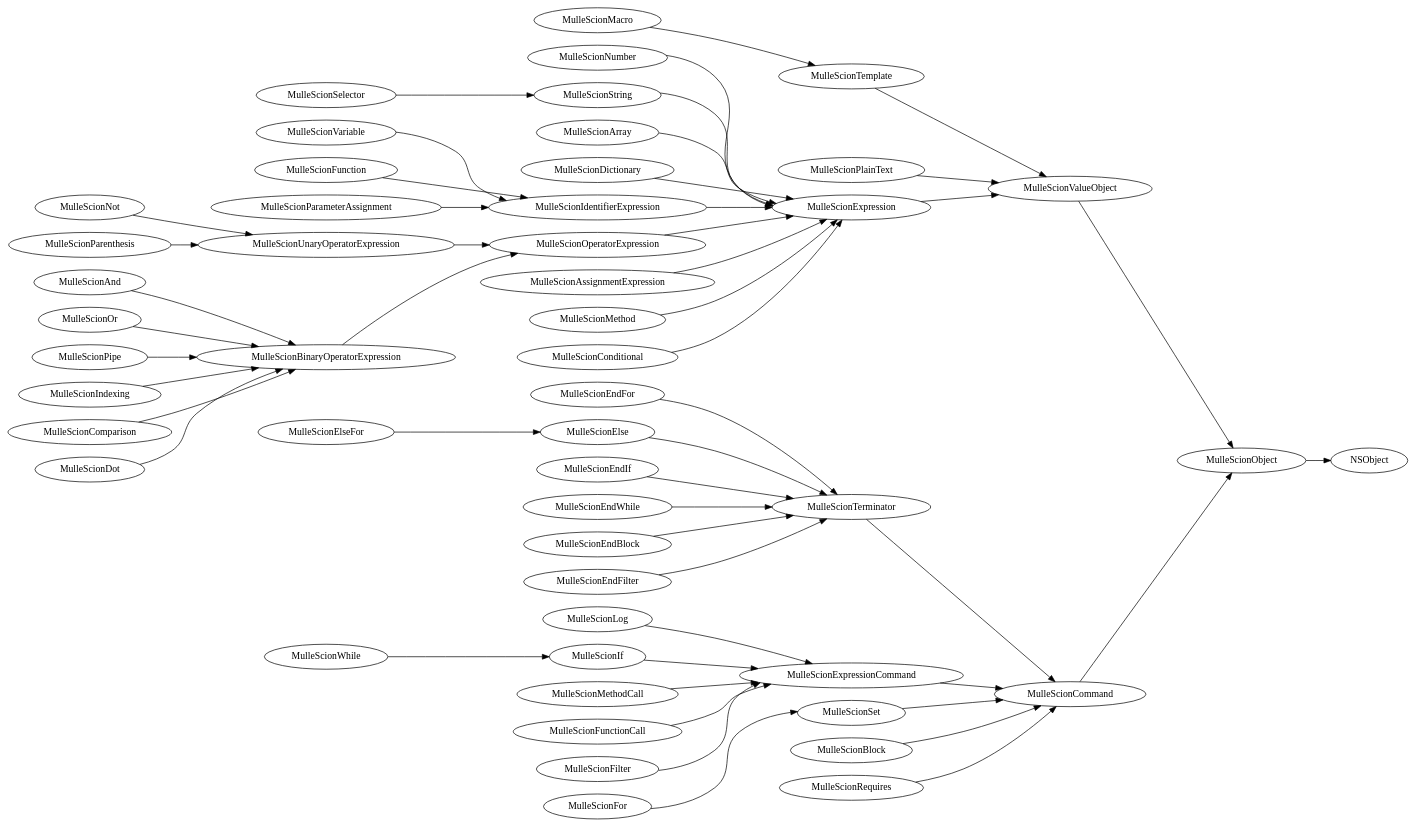
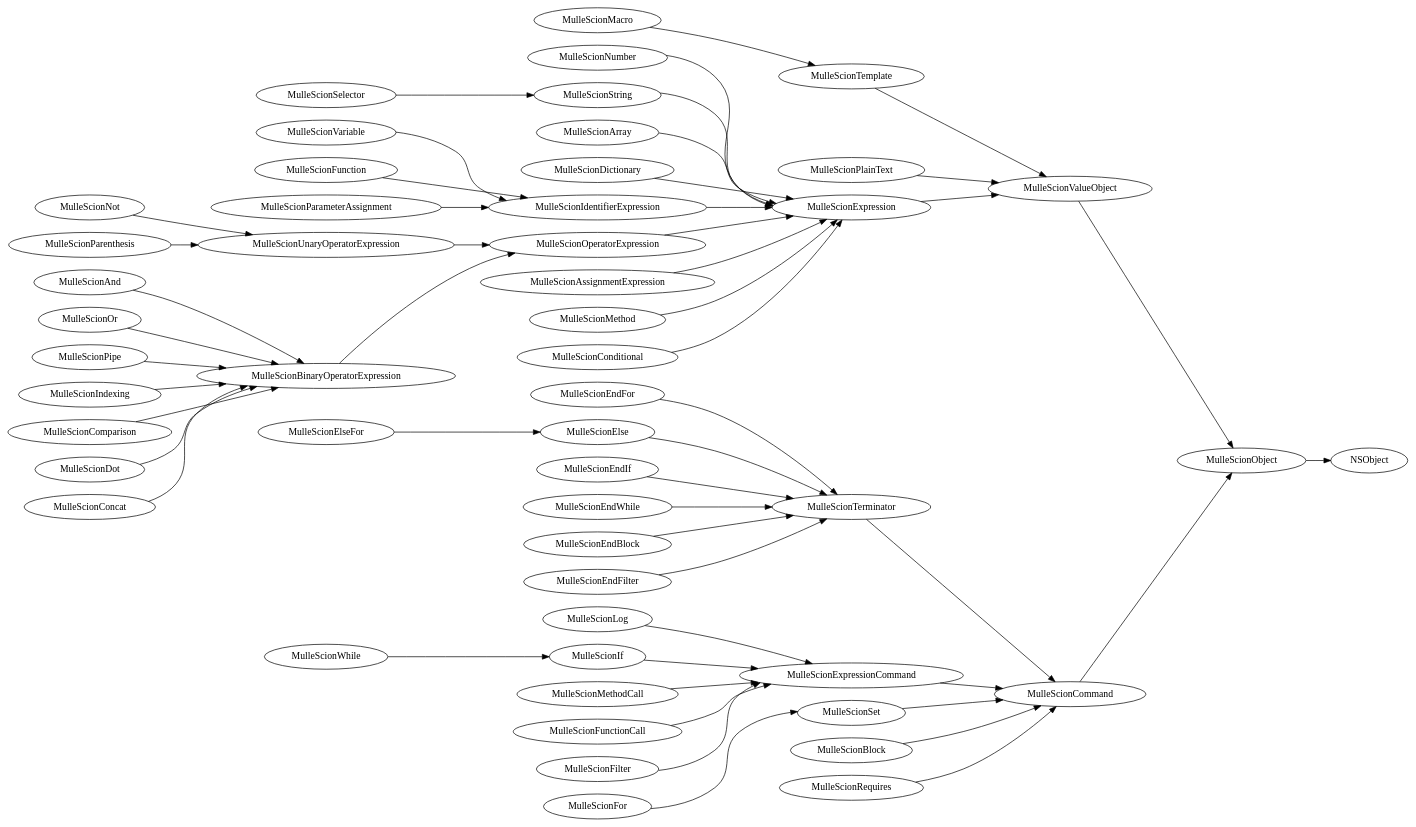
Before and after one commit to MulleWeb/MulleScion: the diagram in dox/MulleScionObjectModel.dot, drawn with Graphviz. The commit also changed 65 other files, not shown here.

```diff
--- a/dox/MulleScionObjectModel.dot
+++ b/dox/MulleScionObjectModel.dot
@@ -1,54 +1,55 @@
 digraph name
 {
    rankdir=LR;
 
 MulleScionObject-> NSObject;
 MulleScionValueObject-> MulleScionObject;
 MulleScionTemplate-> MulleScionValueObject;
 MulleScionPlainText-> MulleScionValueObject;
 MulleScionExpression-> MulleScionValueObject;
 MulleScionNumber-> MulleScionExpression;
 MulleScionString-> MulleScionExpression;
 MulleScionSelector-> MulleScionString;
 MulleScionArray-> MulleScionExpression;
 MulleScionDictionary-> MulleScionExpression;
 MulleScionIdentifierExpression-> MulleScionExpression;
 MulleScionVariable-> MulleScionIdentifierExpression;
 MulleScionOperatorExpression-> MulleScionExpression;
 MulleScionUnaryOperatorExpression-> MulleScionOperatorExpression;
 MulleScionNot-> MulleScionUnaryOperatorExpression;
 MulleScionParenthesis-> MulleScionUnaryOperatorExpression;
 MulleScionBinaryOperatorExpression-> MulleScionOperatorExpression;
 MulleScionAnd-> MulleScionBinaryOperatorExpression;
 MulleScionOr-> MulleScionBinaryOperatorExpression;
 MulleScionPipe-> MulleScionBinaryOperatorExpression;
 MulleScionIndexing-> MulleScionBinaryOperatorExpression;
 MulleScionComparison-> MulleScionBinaryOperatorExpression;
 MulleScionDot-> MulleScionBinaryOperatorExpression;
+MulleScionConcat-> MulleScionBinaryOperatorExpression;
 MulleScionFunction-> MulleScionIdentifierExpression;
 MulleScionParameterAssignment-> MulleScionIdentifierExpression;
 MulleScionAssignmentExpression-> MulleScionExpression;
 MulleScionMethod-> MulleScionExpression;
 MulleScionConditional-> MulleScionExpression;
 MulleScionCommand-> MulleScionObject;
 MulleScionTerminator-> MulleScionCommand;
 MulleScionEndFor-> MulleScionTerminator;
 MulleScionExpressionCommand-> MulleScionCommand;
 MulleScionLog-> MulleScionExpressionCommand;
 MulleScionSet-> MulleScionCommand;
 MulleScionFor-> MulleScionSet;
 MulleScionIf-> MulleScionExpressionCommand;
 MulleScionElse-> MulleScionTerminator;
 MulleScionElseFor-> MulleScionElse;
 MulleScionEndIf-> MulleScionTerminator;
 MulleScionWhile-> MulleScionIf;
 MulleScionEndWhile-> MulleScionTerminator;
 MulleScionBlock-> MulleScionCommand;
 MulleScionEndBlock-> MulleScionTerminator;
 MulleScionMethodCall-> MulleScionExpressionCommand;
 MulleScionFunctionCall-> MulleScionExpressionCommand;
 MulleScionFilter-> MulleScionExpressionCommand;
 MulleScionEndFilter-> MulleScionTerminator;
 MulleScionMacro-> MulleScionTemplate;
 MulleScionRequires-> MulleScionCommand;
 }
```
